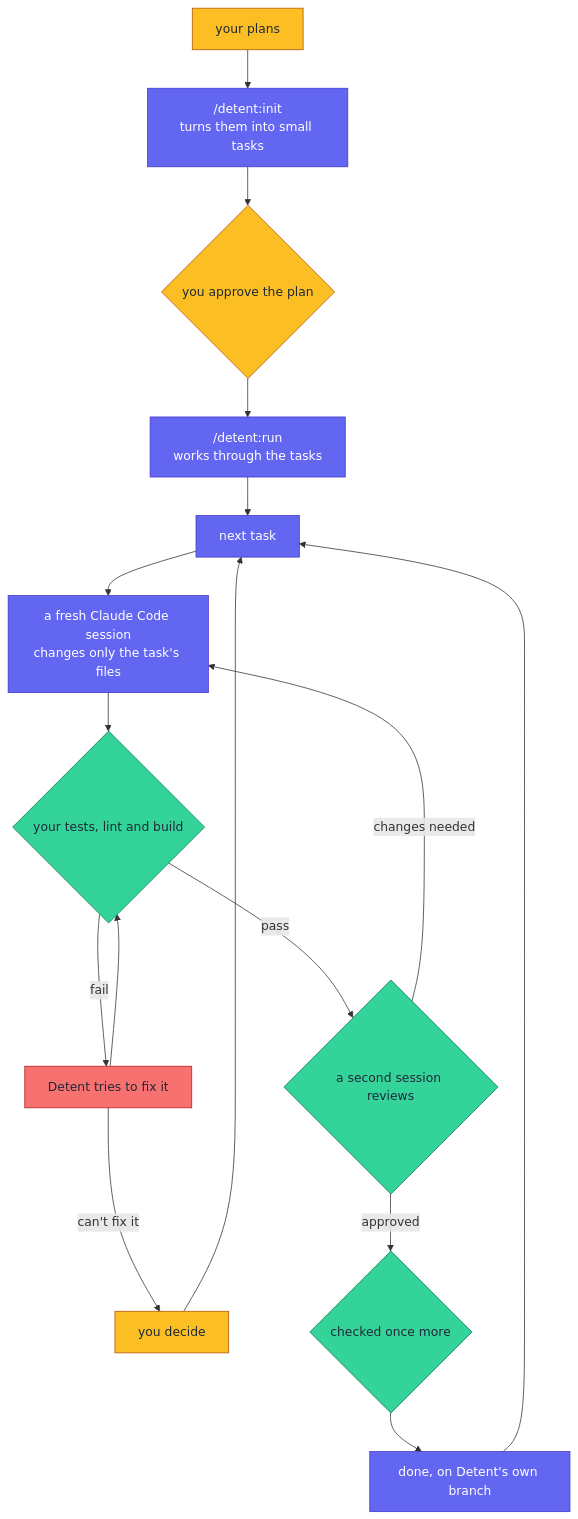
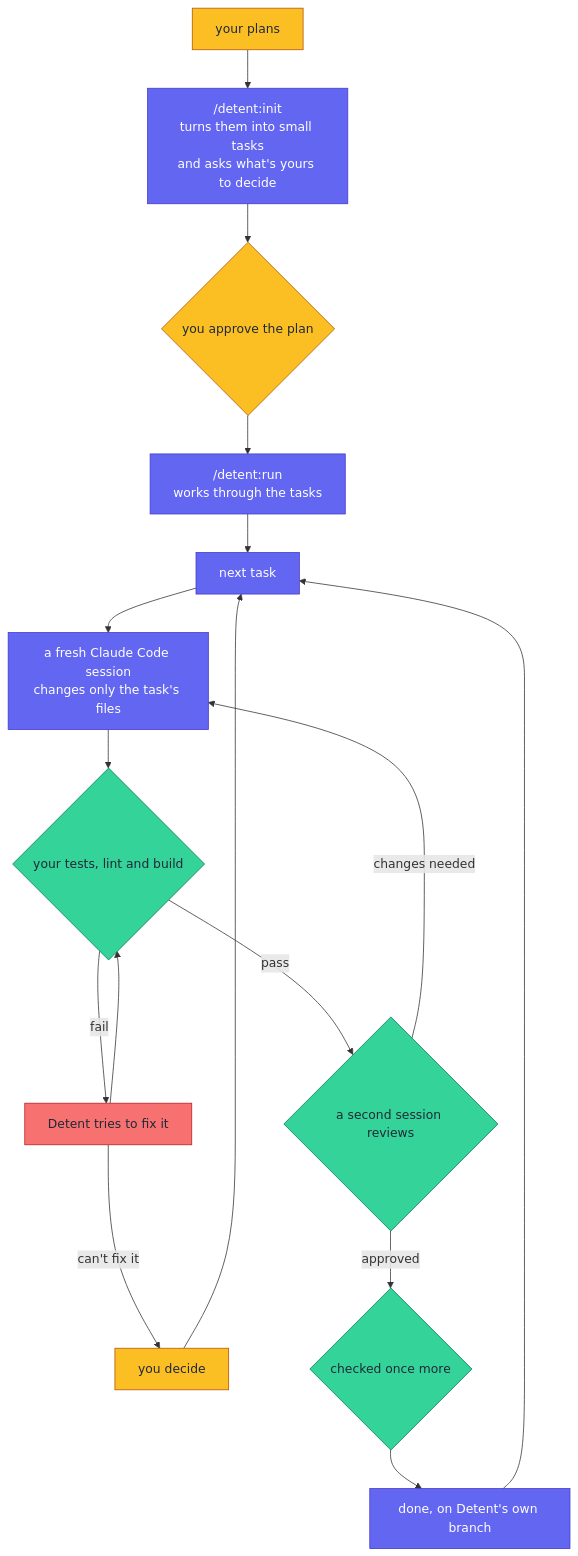
Before and after one commit to djazairdev/detent: the diagram in README.md, drawn with Mermaid. The commit also changed other lines of this file, not shown here.

First line of the commit message:
docs(readme): init asks what is yours to decide, resumes, and spends without a hard stop

````diff
--- a/README.md
+++ b/README.md
@@ -20,27 +20,27 @@
 ```mermaid
 flowchart TD
-    P["your plans"] --> I["/detent:init<br>turns them into small tasks"]
+    P["your plans"] --> I["/detent:init<br>turns them into small tasks<br>and asks what's yours to decide"]
     I --> A{"you approve the plan"}
     A --> R["/detent:run<br>works through the tasks"]
     R --> T["next task"]
     T --> S["a fresh Claude Code session<br>changes only the task's files"]
     S --> G{"your tests, lint and build"}
     G -- pass --> V{"a second session reviews"}
     G -- fail --> F["Detent tries to fix it"]
     F --> G
     F -- "can't fix it" --> H["you decide"]
     H --> T
     V -- "changes needed" --> S
     V -- approved --> K{"checked once more"}
     K --> D["done, on Detent's own branch"]
     D --> T
 
     classDef you fill:#fbbf24,stroke:#b45309,color:#1f2937
     classDef machine fill:#6366f1,stroke:#4338ca,color:#ffffff
     classDef verify fill:#34d399,stroke:#047857,color:#1f2937
     classDef fix fill:#f87171,stroke:#b91c1c,color:#1f2937
     class P,A,H you
     class I,R,T,S,D machine
     class G,V,K verify
     class F fix
 ```
````
